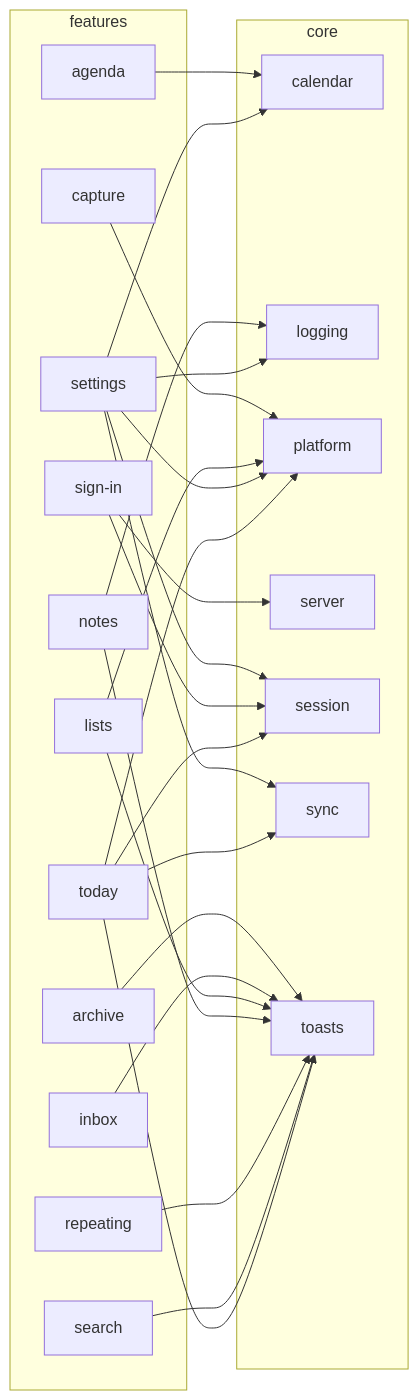
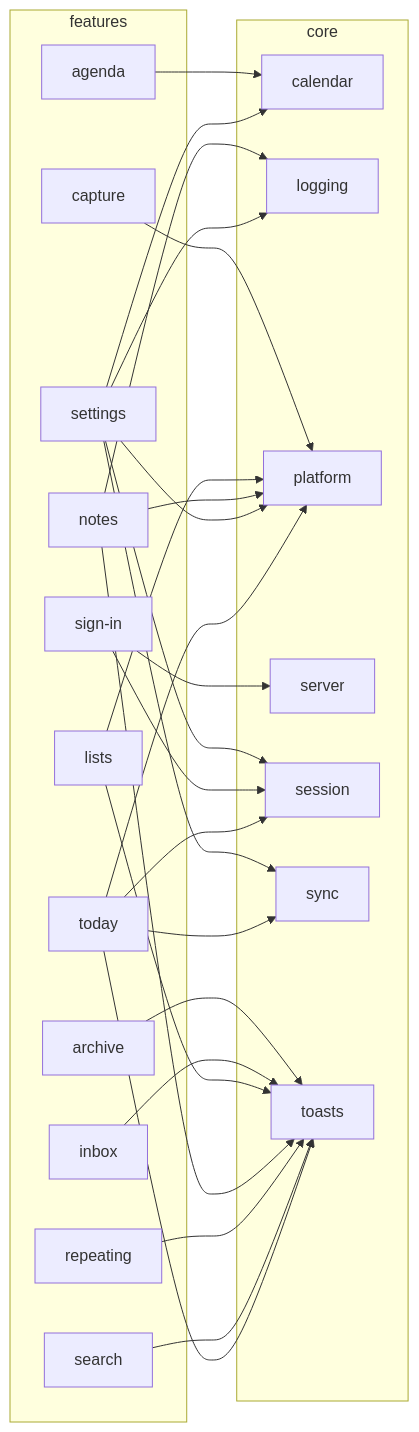
The diagram in docs/diagrams/03c-features-to-core.md (valde222/life_app), drawn with Mermaid before and after one commit. The commit also changed 8 other files, not shown here.

````diff
--- a/docs/diagrams/03c-features-to-core.md
+++ b/docs/diagrams/03c-features-to-core.md
@@ -5,46 +5,47 @@
 ```mermaid
 flowchart LR
   subgraph features["features"]
     features_agenda["agenda"]
     features_archive["archive"]
     features_capture["capture"]
     features_inbox["inbox"]
     features_lists["lists"]
     features_notes["notes"]
     features_repeating["repeating"]
     features_search["search"]
     features_settings["settings"]
     features_sign_in["sign-in"]
     features_today["today"]
   end
   subgraph core["core"]
     core_calendar["calendar"]
     core_logging["logging"]
     core_platform["platform"]
     core_server["server"]
     core_session["session"]
     core_sync["sync"]
     core_toasts["toasts"]
   end
   features_agenda --> core_calendar
   features_archive --> core_toasts
   features_capture --> core_platform
   features_inbox --> core_toasts
   features_lists --> core_platform
   features_lists --> core_toasts
   features_notes --> core_logging
+  features_notes --> core_platform
   features_notes --> core_toasts
   features_repeating --> core_toasts
   features_search --> core_toasts
   features_settings --> core_calendar
   features_settings --> core_logging
   features_settings --> core_platform
   features_settings --> core_session
   features_settings --> core_sync
   features_sign_in --> core_server
   features_sign_in --> core_session
   features_today --> core_platform
   features_today --> core_session
   features_today --> core_sync
   features_today --> core_toasts
 ```
````
